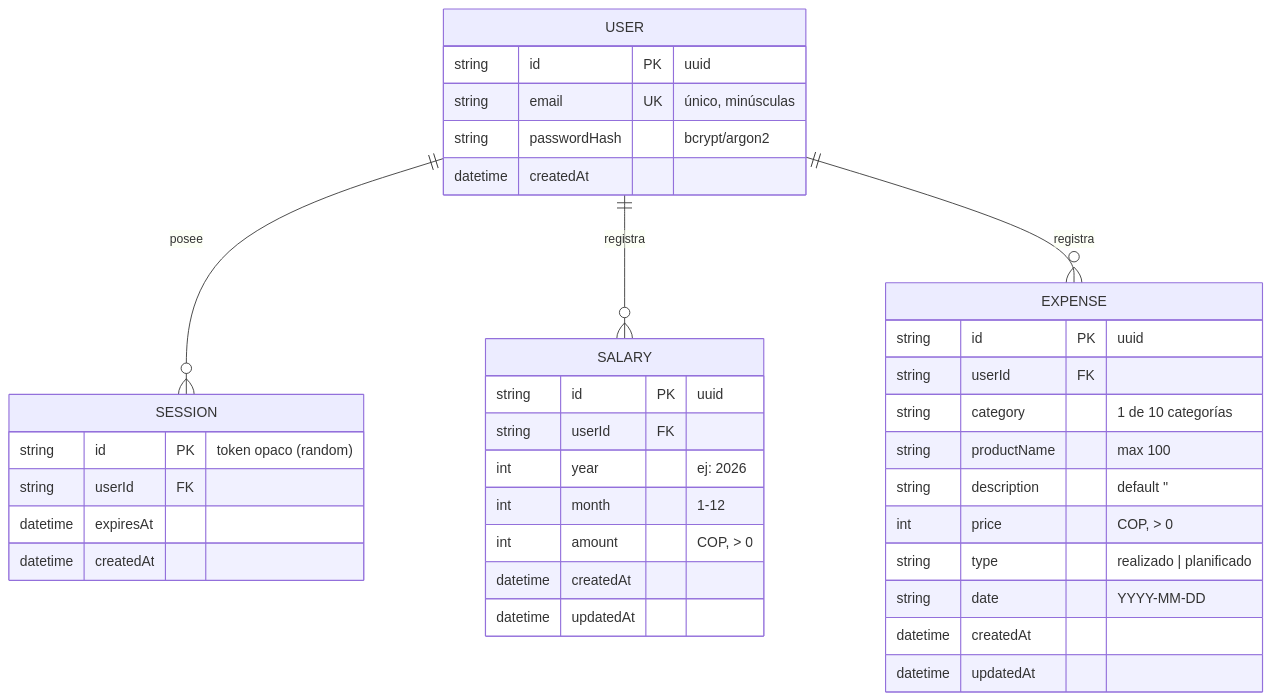
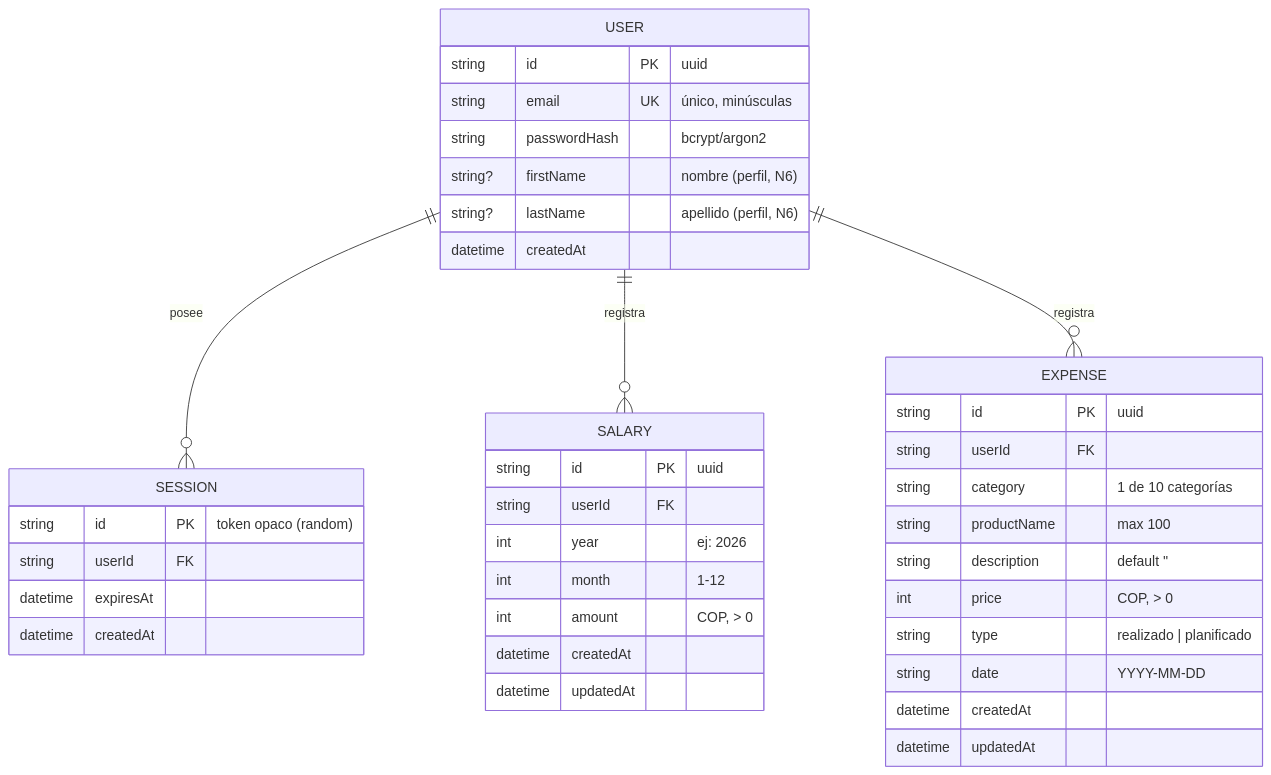
Before and after one commit to Jhonier1227/finanzas-app: the diagram in docs/MODELO-DATOS.md, drawn with Mermaid. The commit also changed 31 other files, not shown here.

````diff
--- a/docs/MODELO-DATOS.md
+++ b/docs/MODELO-DATOS.md
@@ -8,43 +8,45 @@
 ```mermaid
 erDiagram
     USER ||--o{ SESSION : "posee"
     USER ||--o{ SALARY : "registra"
     USER ||--o{ EXPENSE : "registra"
 
     USER {
         string id PK "uuid"
         string email UK "único, minúsculas"
         string passwordHash "bcrypt/argon2"
+        string? firstName "nombre (perfil, N6)"
+        string? lastName "apellido (perfil, N6)"
         datetime createdAt
     }
 
     SESSION {
         string id PK "token opaco (random)"
         string userId FK
         datetime expiresAt
         datetime createdAt
     }
 
     SALARY {
         string id PK "uuid"
         string userId FK
         int year "ej: 2026"
         int month "1-12"
         int amount "COP, > 0"
         datetime createdAt
         datetime updatedAt
     }
 
     EXPENSE {
         string id PK "uuid"
         string userId FK
         string category "1 de 10 categorías"
         string productName "max 100"
         string description "default ''"
         int price "COP, > 0"
         string type "realizado | planificado"
         string date "YYYY-MM-DD"
         datetime createdAt
         datetime updatedAt
     }
 ```
````
